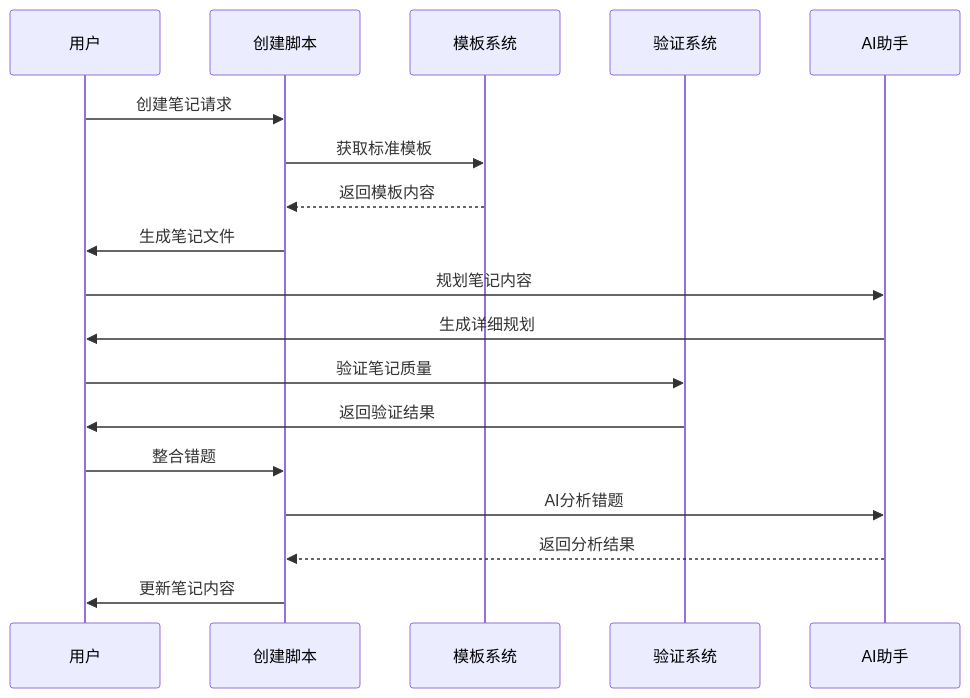
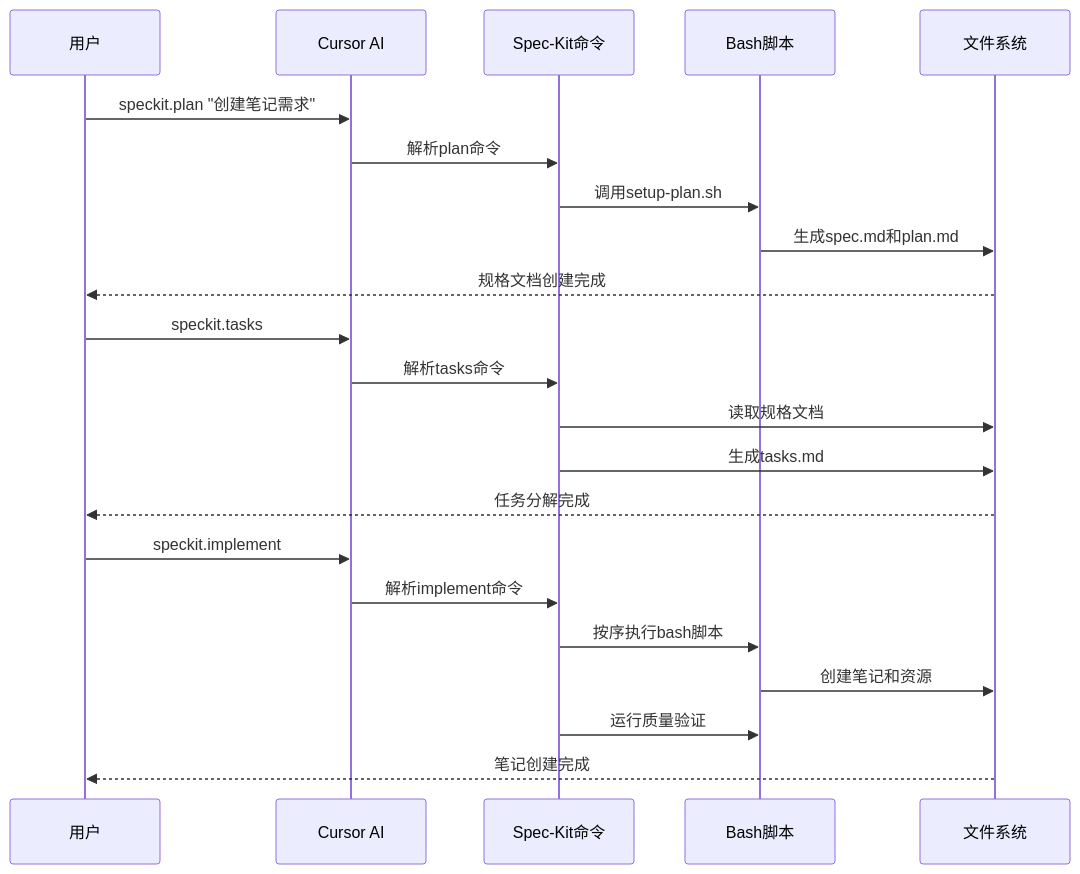
Before and after one commit to 1tilm/math-and-physical-notebook: the second of 3 diagrams in README.md, drawn with Mermaid. The commit also changed other lines of this file and 4 other files, not shown here.

````diff
--- a/README.md
+++ b/README.md
@@ -393,24 +428,27 @@
 ```mermaid
 sequenceDiagram
     participant U as 用户
-    participant S as 创建脚本
-    participant T as 模板系统
-    participant V as 验证系统
-    participant A as AI助手
+    participant C as Cursor AI
+    participant SK as Spec-Kit命令
+    participant B as Bash脚本
+    participant F as 文件系统
     
-    U->>S: 创建笔记请求
-    S->>T: 获取标准模板
-    T-->>S: 返回模板内容
-    S->>U: 生成笔记文件
+    U->>C: speckit.plan "创建笔记需求"
+    C->>SK: 解析plan命令
+    SK->>B: 调用setup-plan.sh
+    B->>F: 生成spec.md和plan.md
+    F-->>U: 规格文档创建完成
     
-    U->>A: 规划笔记内容
-    A->>U: 生成详细规划
+    U->>C: speckit.tasks
+    C->>SK: 解析tasks命令
+    SK->>F: 读取规格文档
+    SK->>F: 生成tasks.md
+    F-->>U: 任务分解完成
     
-    U->>V: 验证笔记质量
-    V->>U: 返回验证结果
-    
-    U->>S: 整合错题
-    S->>A: AI分析错题
-    A-->>S: 返回分析结果
-    S->>U: 更新笔记内容
+    U->>C: speckit.implement
+    C->>SK: 解析implement命令
+    SK->>B: 按序执行bash脚本
+    B->>F: 创建笔记和资源
+    SK->>B: 运行质量验证
+    F-->>U: 笔记创建完成
 ```
````
